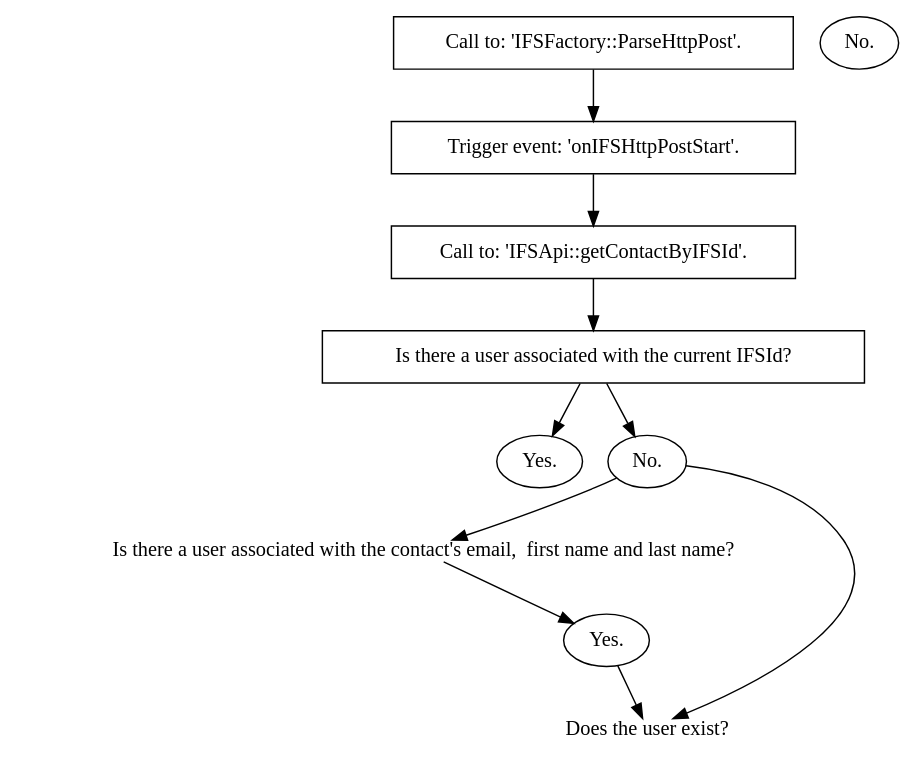
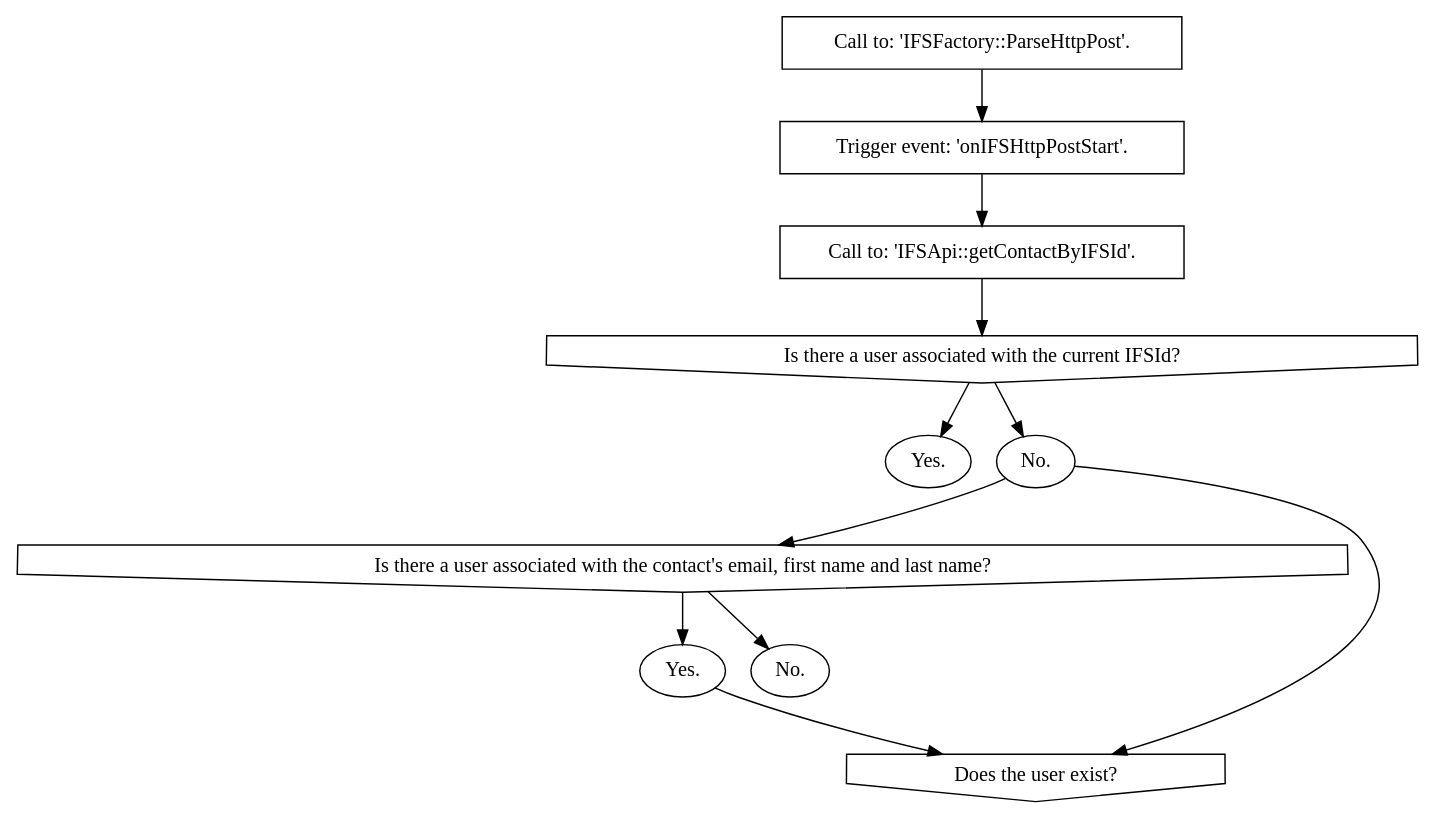
The diagram in docs/procedures/register_user.rst (treste91/JoomFuse), drawn with Graphviz before and after one commit.

```diff
--- a/docs/procedures/register_user.rst
+++ b/docs/procedures/register_user.rst
@@ -4,25 +4,26 @@
 .. graphviz::
 
    digraph {
    
       1 [label="Call to: 'IFSFactory::ParseHttpPost'." shape=rectangle]
       2 [label="Trigger event: 'onIFSHttpPostStart'." shape=rectangle]
       3 [label="Call to: 'IFSApi::getContactByIFSId'." shape=rectangle]
-      4 [label="Is there a user associated with the current IFSId?" shape=polygon]
+      4 [label="Is there a user associated with the current IFSId?" shape=invhouse]
       5 [label="Yes." shape=oval]
       6 [label="No." shape=oval]
-      7 [label="Is there a user associated with the contact's email,  first name and last name?" shape=plain]
+      7 [label="Is there a user associated with the contact's email, first name and last name?" shape=invhouse]
       8 [label="Yes." shape=oval]
-      9 [label="Does the user exist?" shape=plain]
+      9 [label="Does the user exist?" shape=invhouse]
       10 [label="No." shape=oval]
       
       1 -> 2
       2 -> 3
       3 -> 4
       4 -> 5
       4 -> 6
       6 -> 7
       7 -> 8
       8 -> 9
       6 -> 9
+      7 -> 10
    }
```
